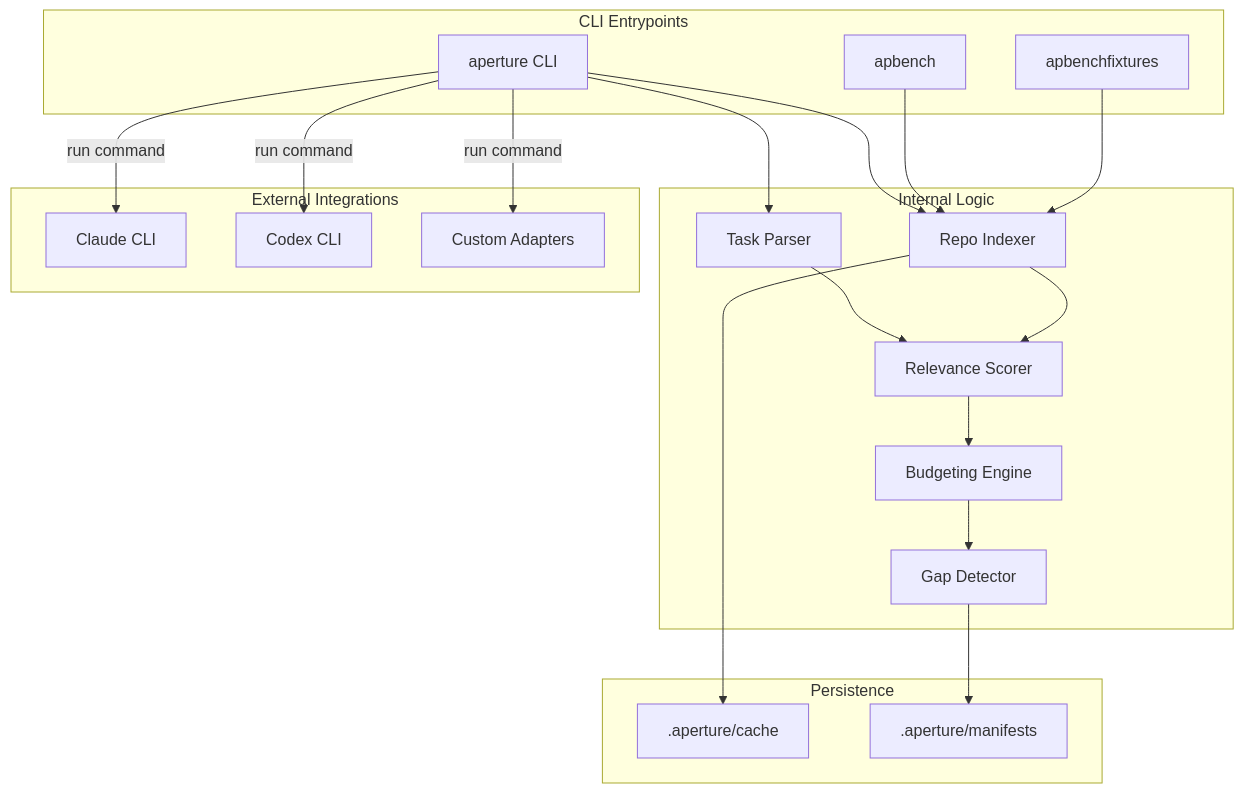
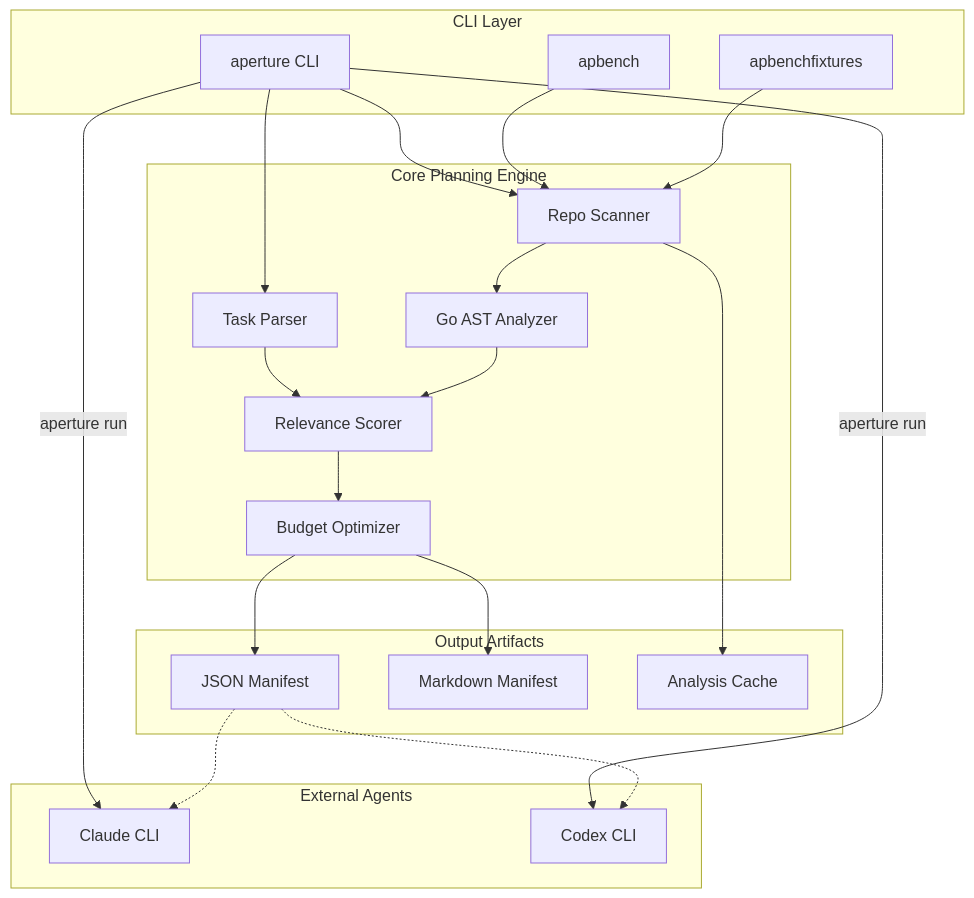
Before and after one commit to dshills/aperture: the diagram in docs/architecture.md, drawn with Mermaid. The commit also changed other lines of this file and 9 other files, not shown here.

````diff
--- a/docs/architecture.md
+++ b/docs/architecture.md
@@ -52,44 +52,45 @@
 ```mermaid
 graph TD
-    subgraph CLI_Layer [CLI Entrypoints]
+    subgraph CLI_Layer [CLI Layer]
         A[aperture CLI]
         B[apbench]
         C[apbenchfixtures]
     end
 
-    subgraph Core_Engine [Internal Logic]
+    subgraph Core_Engine [Core Planning Engine]
         D[Task Parser]
-        E[Repo Indexer]
-        F[Relevance Scorer]
-        G[Budgeting Engine]
-        H[Gap Detector]
+        E[Repo Scanner]
+        F[Go AST Analyzer]
+        G[Relevance Scorer]
+        H[Budget Optimizer]
     end
 
-    subgraph Storage [Persistence]
-        I[.aperture/cache]
-        J[.aperture/manifests]
+    subgraph Output [Output Artifacts]
+        I[JSON Manifest]
+        J[Markdown Manifest]
+        K[Analysis Cache]
     end
 
-    subgraph External [External Integrations]
-        K[Claude CLI]
-        L[Codex CLI]
-        M[Custom Adapters]
+    subgraph External [External Agents]
+        L[Claude CLI]
+        M[Codex CLI]
     end
 
-    %% Flow
+    %% Relationships
     A --> D
     A --> E
-    E --> I
-    D --> F
     E --> F
-    F --> G
+    D & F --> G
     G --> H
+    H --> I
     H --> J
+    E --> K
     
-    A -- run command --> K
-    A -- run command --> L
-    A -- run command --> M
+    A -- "aperture run" --> L
+    A -- "aperture run" --> M
+    I -.-> L
+    I -.-> M
 
     B --> E
     C --> E
 ```
````
